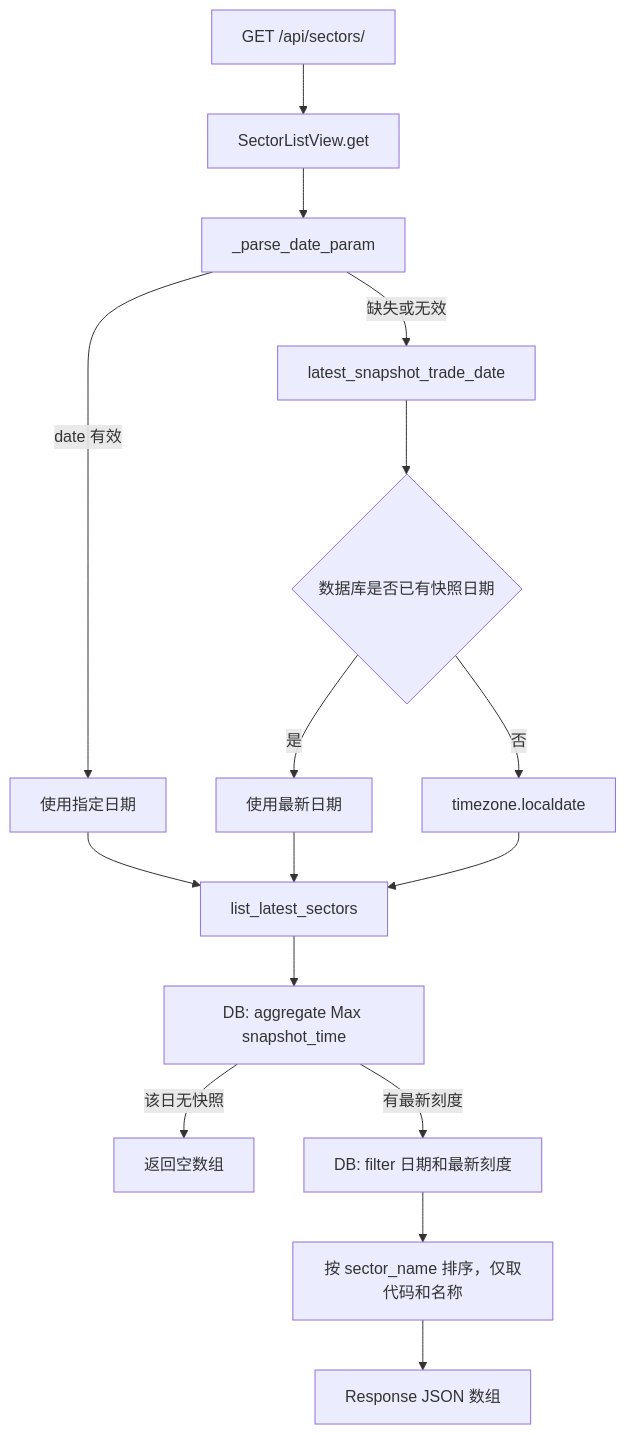
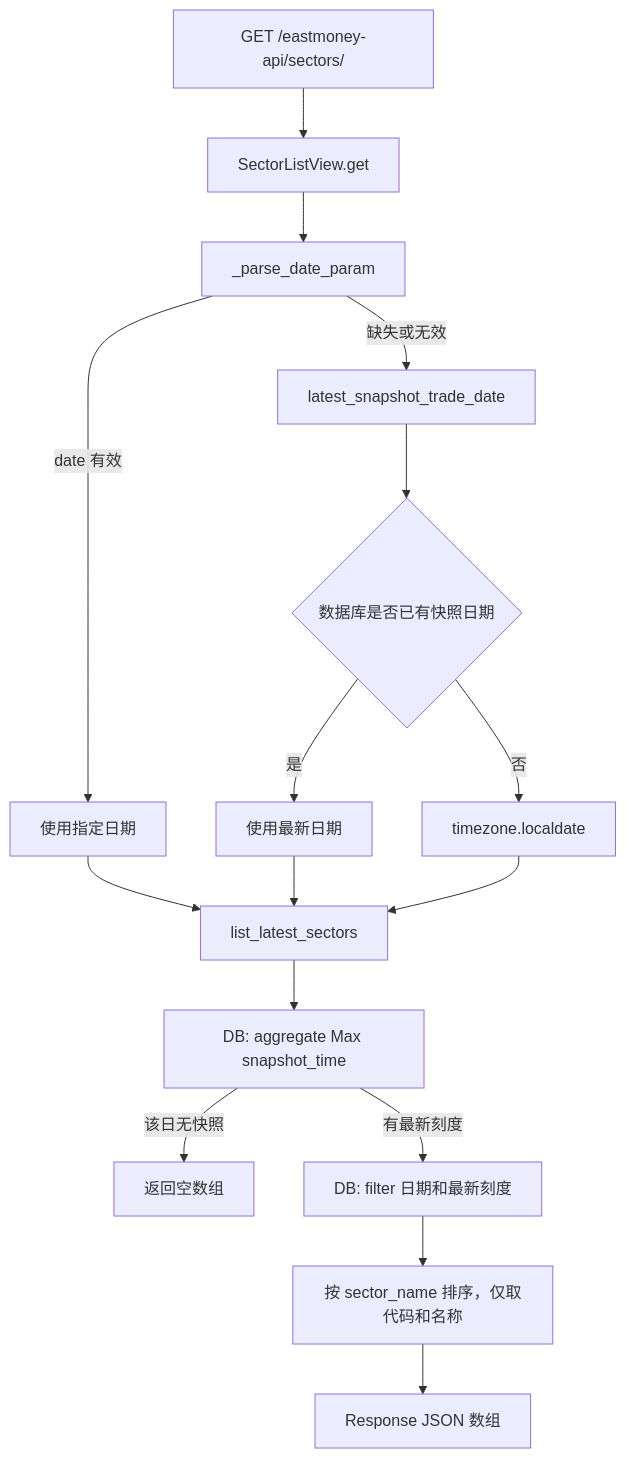
The second of 3 diagrams in README.md (imwhatiam/fundflow), drawn with Mermaid before and after one commit. The commit also changed other lines of this file and 42 other files, not shown here.

````diff
--- a/README.md
+++ b/README.md
@@ -172,18 +200,18 @@
 ```mermaid
 flowchart TD
-    A[GET /api/sectors/] --> B[SectorListView.get]
+    A[GET /eastmoney-api/sectors/] --> B[SectorListView.get]
     B --> C[_parse_date_param]
     C -->|date 有效| D[使用指定日期]
     C -->|缺失或无效| E[latest_snapshot_trade_date]
     E --> F{数据库是否已有快照日期}
     F -->|是| G[使用最新日期]
     F -->|否| H[timezone.localdate]
     D --> I[list_latest_sectors]
     G --> I
     H --> I
     I --> J[DB: aggregate Max snapshot_time]
     J -->|该日无快照| K[返回空数组]
     J -->|有最新刻度| L[DB: filter 日期和最新刻度]
     L --> M[按 sector_name 排序，仅取代码和名称]
     M --> N[Response JSON 数组]
 ```
````
